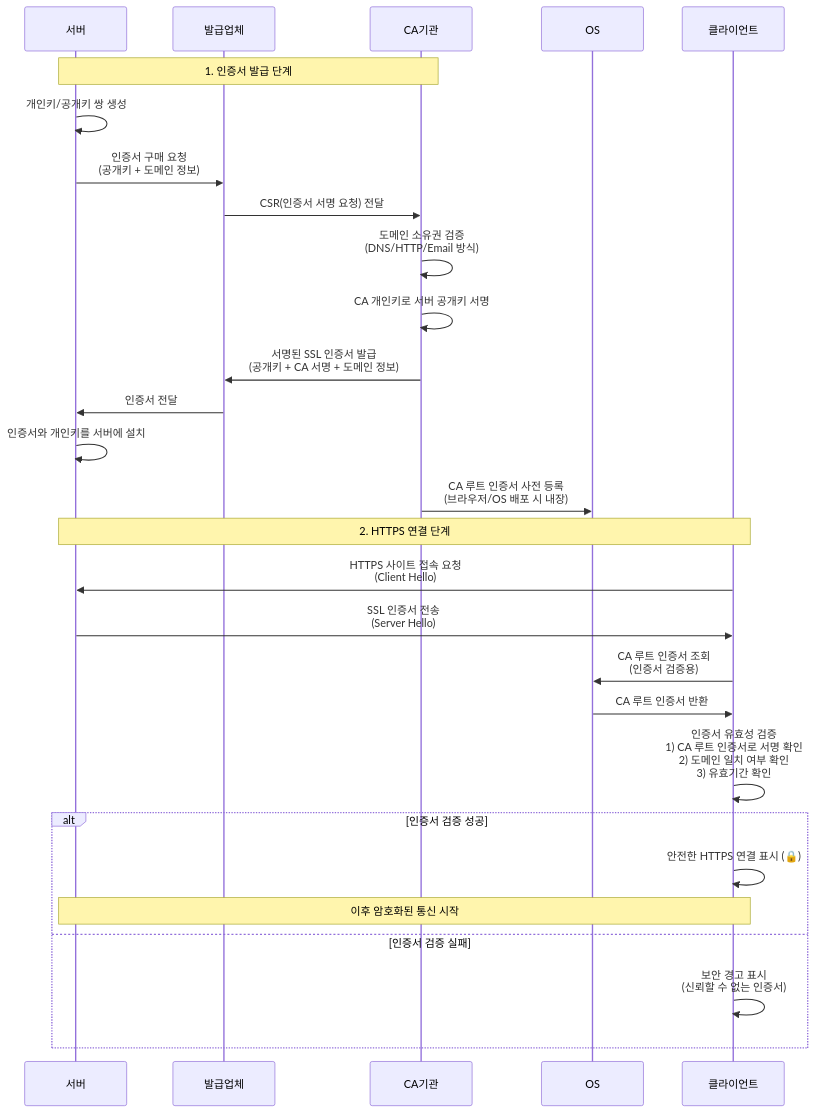
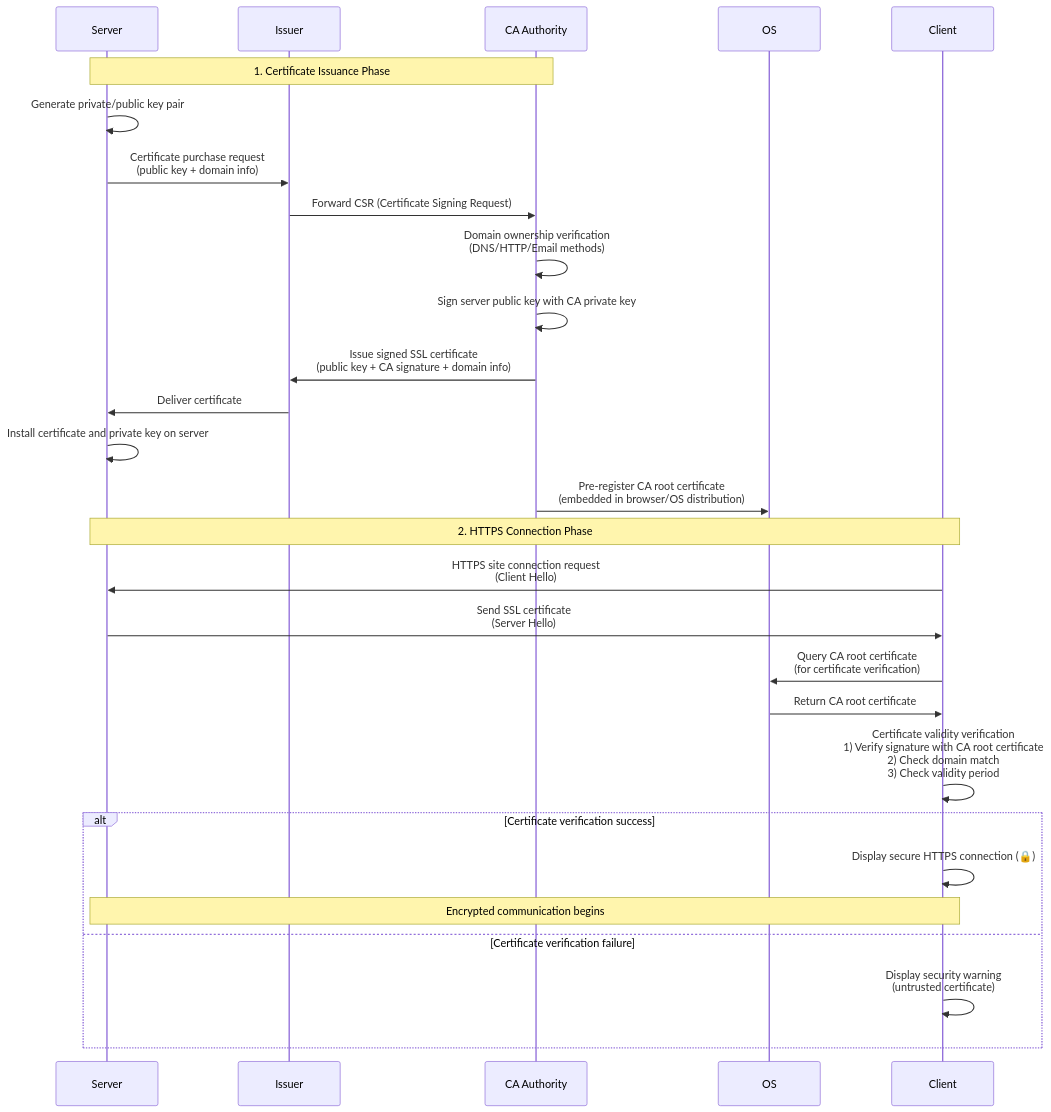
The diagram in hugo/content/notion/infra/https-tls-ssl-무료-vs-유료-인증서/index.en.md (plzhans/hans-blog), drawn with Mermaid before and after one commit. The commit also changed 2 other files, not shown here.

Commit message:
fix(prompt): mermaid 부분 번역 명시

````diff
--- a/hugo/content/notion/infra/https-tls-ssl-무료-vs-유료-인증서/index.en.md
+++ b/hugo/content/notion/infra/https-tls-ssl-무료-vs-유료-인증서/index.en.md
@@ -50,35 +50,35 @@
 ```mermaid
 sequenceDiagram
-    participant 서버
-    participant 발급업체
-    participant CA기관
+    participant Server
+    participant Issuer
+    participant CA Authority
     participant OS
-    participant 클라이언트
+    participant Client
 
-    %% 인증서 발급 단계
-    Note over 서버,CA기관: 1. 인증서 발급 단계
-    서버->>서버: 개인키/공개키 쌍 생성
-    서버->>발급업체: 인증서 구매 요청<br/>(공개키 + 도메인 정보)
-    발급업체->>CA기관: CSR(인증서 서명 요청) 전달
-    CA기관->>CA기관: 도메인 소유권 검증<br/>(DNS/HTTP/Email 방식)
-    CA기관->>CA기관: CA 개인키로 서버 공개키 서명
-    CA기관->>발급업체: 서명된 SSL 인증서 발급<br/>(공개키 + CA 서명 + 도메인 정보)
-    발급업체->>서버: 인증서 전달
-    서버->>서버: 인증서와 개인키를 서버에 설치
-    CA기관->>OS: CA 루트 인증서 사전 등록<br/>(브라우저/OS 배포 시 내장)
+    %% Certificate Issuance Phase
+    Note over Server,CA Authority: 1. Certificate Issuance Phase
+    Server->>Server: Generate private/public key pair
+    Server->>Issuer: Certificate purchase request<br/>(public key + domain info)
+    Issuer->>CA Authority: Forward CSR (Certificate Signing Request)
+    CA Authority->>CA Authority: Domain ownership verification<br/>(DNS/HTTP/Email methods)
+    CA Authority->>CA Authority: Sign server public key with CA private key
+    CA Authority->>Issuer: Issue signed SSL certificate<br/>(public key + CA signature + domain info)
+    Issuer->>Server: Deliver certificate
+    Server->>Server: Install certificate and private key on server
+    CA Authority->>OS: Pre-register CA root certificate<br/>(embedded in browser/OS distribution)
 
-    %% HTTPS 연결 단계
-    Note over 서버,클라이언트: 2. HTTPS 연결 단계
-    클라이언트->>서버: HTTPS 사이트 접속 요청<br/>(Client Hello)
-    서버->>클라이언트: SSL 인증서 전송<br/>(Server Hello)
-    클라이언트->>OS: CA 루트 인증서 조회<br/>(인증서 검증용)
-    OS->>클라이언트: CA 루트 인증서 반환
-    클라이언트->>클라이언트: 인증서 유효성 검증<br/>1) CA 루트 인증서로 서명 확인<br/>2) 도메인 일치 여부 확인<br/>3) 유효기간 확인
+    %% HTTPS Connection Phase
+    Note over Server,Client: 2. HTTPS Connection Phase
+    Client->>Server: HTTPS site connection request<br/>(Client Hello)
+    Server->>Client: Send SSL certificate<br/>(Server Hello)
+    Client->>OS: Query CA root certificate<br/>(for certificate verification)
+    OS->>Client: Return CA root certificate
+    Client->>Client: Certificate validity verification<br/>1) Verify signature with CA root certificate<br/>2) Check domain match<br/>3) Check validity period
 
-    alt 인증서 검증 성공
-        클라이언트->>클라이언트: 안전한 HTTPS 연결 표시 (🔒)
-        Note over 서버,클라이언트: 이후 암호화된 통신 시작
-    else 인증서 검증 실패
-        클라이언트->>클라이언트: 보안 경고 표시<br/>(신뢰할 수 없는 인증서)
+    alt Certificate verification success
+        Client->>Client: Display secure HTTPS connection (🔒)
+        Note over Server,Client: Encrypted communication begins
+    else Certificate verification failure
+        Client->>Client: Display security warning<br/>(untrusted certificate)
     end
 ```
````
